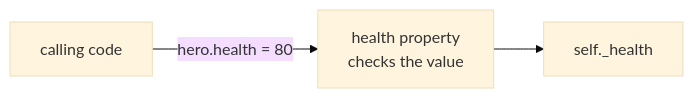
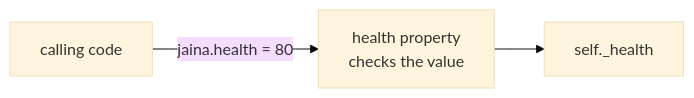
The diagram in src/slides/11-python-classes/11-python-classes.md (FeikoWielsma/courseWare-Python-Programming), drawn with Mermaid (base theme) before and after one commit. The commit also changed other lines of this file and 308 other files, not shown here.

````diff
--- a/src/slides/11-python-classes/11-python-classes.md
+++ b/src/slides/11-python-classes/11-python-classes.md
@@ -341,4 +372,4 @@
 ```mermaid
 flowchart LR
-  A[calling code] -->|hero.health = 80| B[health property<br/>checks the value] --> C[self._health]
+  A[calling code] -->|jaina.health = 80| B[health property<br/>checks the value] --> C[self._health]
 ```
````
